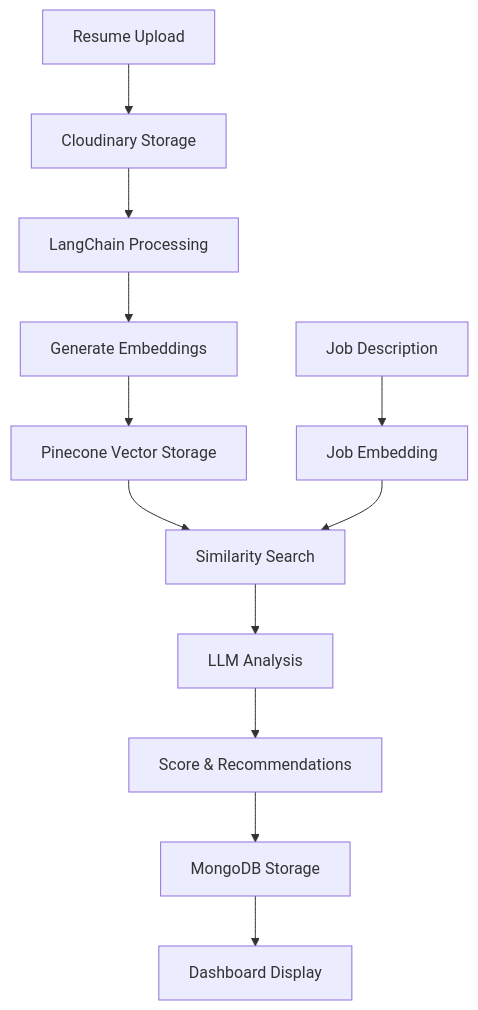
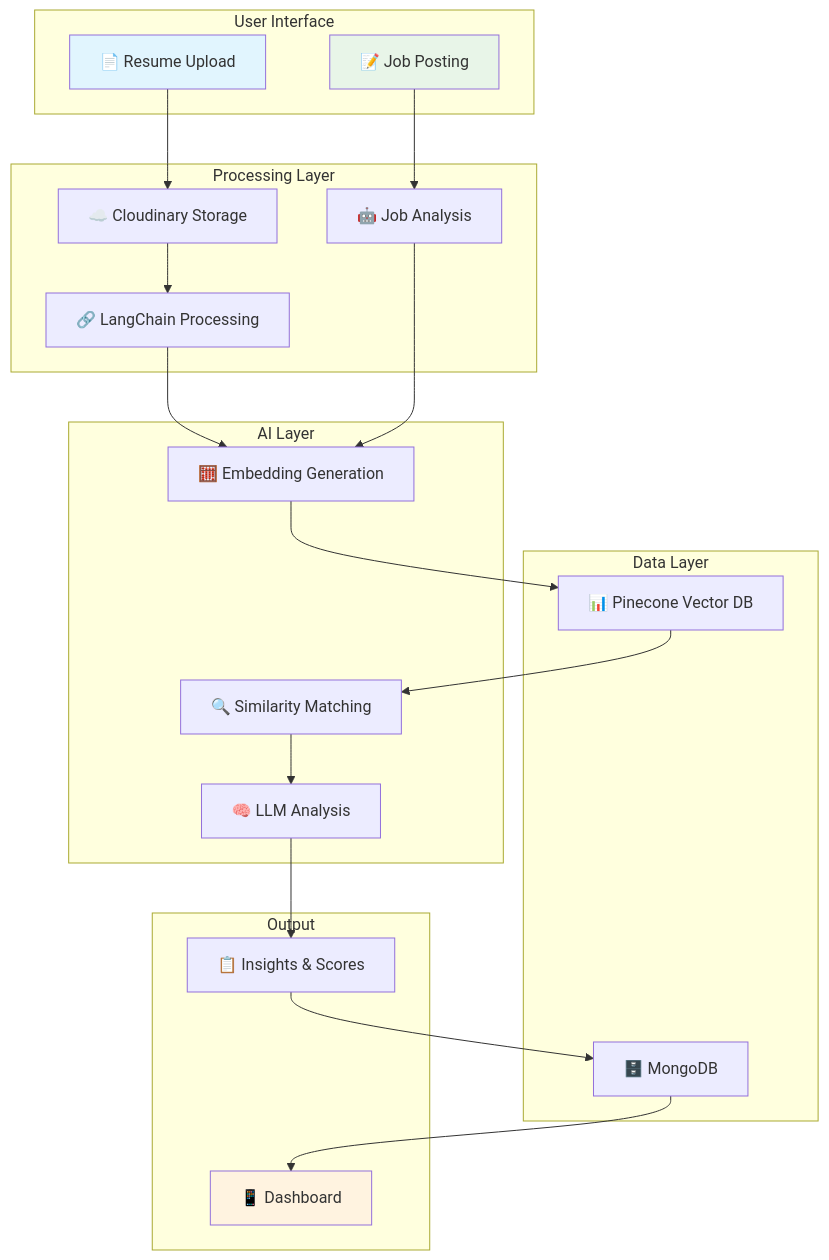
Before and after one commit to sameeran4218/CVision: the first of 3 diagrams in README.md, drawn with Mermaid. The commit also changed other lines of this file, not shown here.

````diff
--- a/README.md
+++ b/README.md
@@ -42,14 +71,45 @@
 ```mermaid
-graph TD
-    A[Resume Upload] --> B[Cloudinary Storage]
-    B --> C[LangChain Processing]
-    C --> D[Generate Embeddings]
-    D --> E[Pinecone Vector Storage]
-    F[Job Description] --> G[Job Embedding]
-    E --> H[Similarity Search]
-    G --> H
-    H --> I[LLM Analysis]
-    I --> J[Score & Recommendations]
-    J --> K[MongoDB Storage]
-    K --> L[Dashboard Display]
+graph TB
+    subgraph "User Interface"
+        A[📄 Resume Upload]
+        F[📝 Job Posting]
+    end
+    
+    subgraph "Processing Layer"
+        B[☁️ Cloudinary Storage]
+        C[🔗 LangChain Processing]
+        G[🤖 Job Analysis]
+    end
+    
+    subgraph "AI Layer"
+        D[🧮 Embedding Generation]
+        H[🔍 Similarity Matching]
+        I[🧠 LLM Analysis]
+    end
+    
+    subgraph "Data Layer"
+        E[📊 Pinecone Vector DB]
+        K[🗄️ MongoDB]
+    end
+    
+    subgraph "Output"
+        J[📋 Insights & Scores]
+        L[📱 Dashboard]
+    end
+    
+    A --> B
+    B --> C
+    C --> D
+    D --> E
+    F --> G
+    G --> D
+    E --> H
+    H --> I
+    I --> J
+    J --> K
+    K --> L
+    
+    style A fill:#e1f5fe
+    style F fill:#e8f5e8
+    style L fill:#fff3e0
 ```
````
